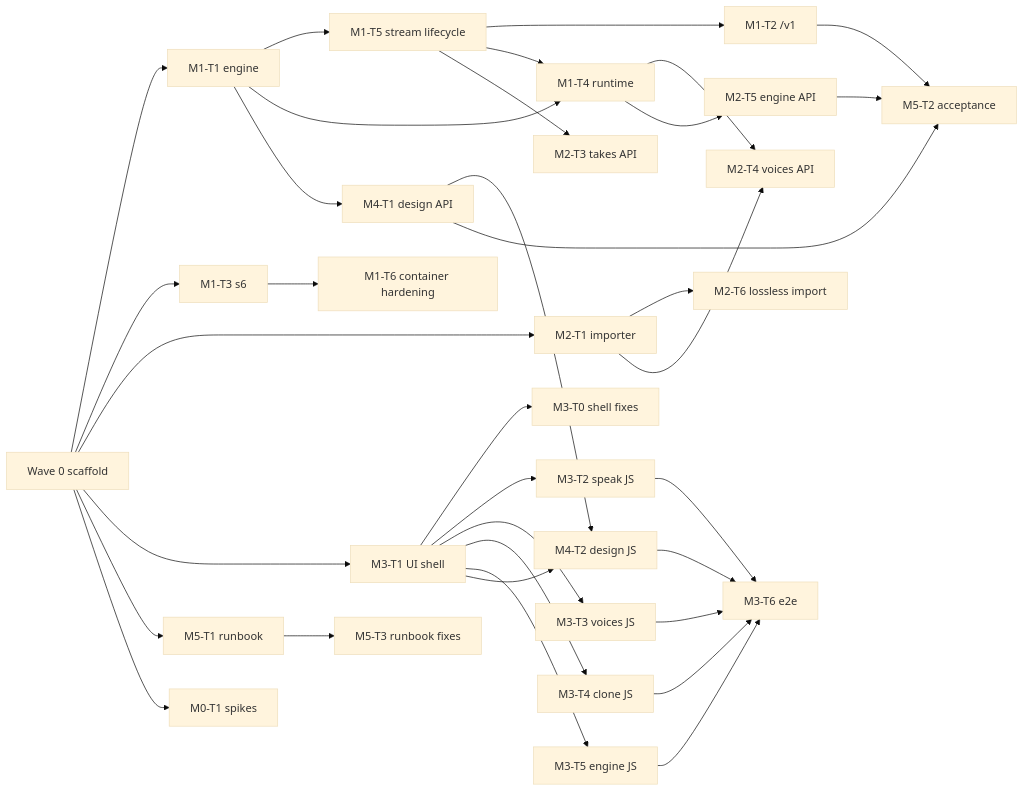
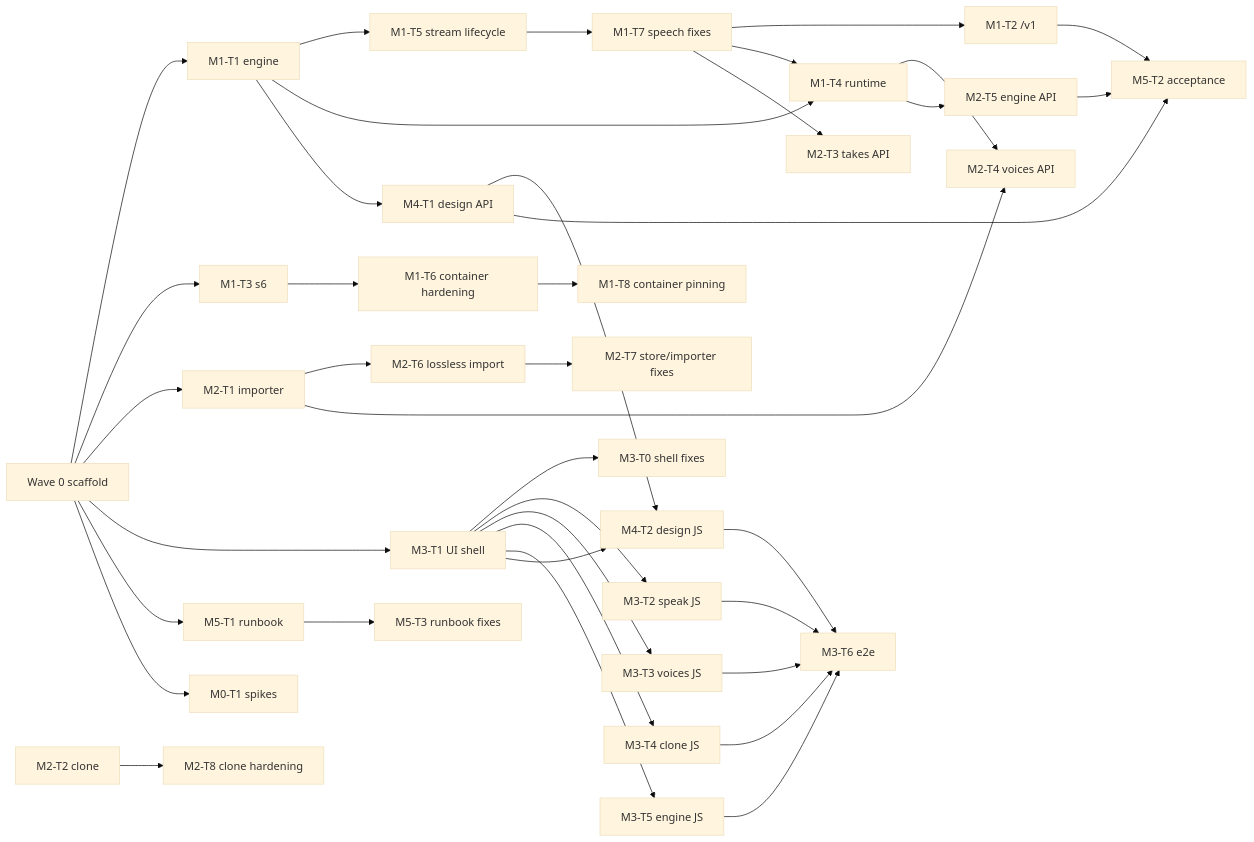
The diagram in docs/PLAN.md (eroji/voxcpm2-openai), drawn with Mermaid (base theme) before and after one commit. The commit also changed other lines of this file and 5 other files, not shown here.

````diff
--- a/docs/PLAN.md
+++ b/docs/PLAN.md
@@ -188,36 +192,40 @@
 ```mermaid
 graph LR
   S0[Wave 0 scaffold] --> M1T1[M1-T1 engine]
   S0 --> M1T3[M1-T3 s6]
   S0 --> M2T1[M2-T1 importer]
   S0 --> M3T1[M3-T1 UI shell]
   S0 --> M5T1[M5-T1 runbook]
   S0 --> M0T1[M0-T1 spikes]
   M1T1 --> M1T5[M1-T5 stream lifecycle]
-  M1T5 --> M1T2[M1-T2 /v1]
+  M1T5 --> M1T7[M1-T7 speech fixes]
+  M1T7 --> M1T2[M1-T2 /v1]
   M1T1 --> M1T4[M1-T4 runtime]
   M1T1 --> M4T1[M4-T1 design API]
   M1T3[M1-T3 s6] --> M1T6[M1-T6 container hardening]
+  M1T6 --> M1T8[M1-T8 container pinning]
   M2T1 --> M2T6[M2-T6 lossless import]
+  M2T6 --> M2T7[M2-T7 store/importer fixes]
+  M2T2b[M2-T2 clone] --> M2T8[M2-T8 clone hardening]
   M3T1 --> M3T0[M3-T0 shell fixes]
   M5T1 --> M5T3[M5-T3 runbook fixes]
   M1T4 --> M2T4[M2-T4 voices API]
-  M1T5 --> M1T4[M1-T4 runtime]
+  M1T7 --> M1T4[M1-T4 runtime]
   M2T1 --> M2T4
   M1T4 --> M2T5[M2-T5 engine API]
   M3T1 --> M3T2[M3-T2 speak JS]
   M3T1 --> M3T3[M3-T3 voices JS]
   M3T1 --> M3T4[M3-T4 clone JS]
   M3T1 --> M3T5[M3-T5 engine JS]
   M3T1 --> M4T2[M4-T2 design JS]
-  M1T5 --> M2T3[M2-T3 takes API]
+  M1T7 --> M2T3[M2-T3 takes API]
   M4T1 --> M4T2
   M3T2 --> M3T6[M3-T6 e2e]
   M3T3 --> M3T6
   M3T4 --> M3T6
   M3T5 --> M3T6
   M4T2 --> M3T6
   M1T2 --> M5T2[M5-T2 acceptance]
   M2T5 --> M5T2
   M4T1 --> M5T2
 ```
````
